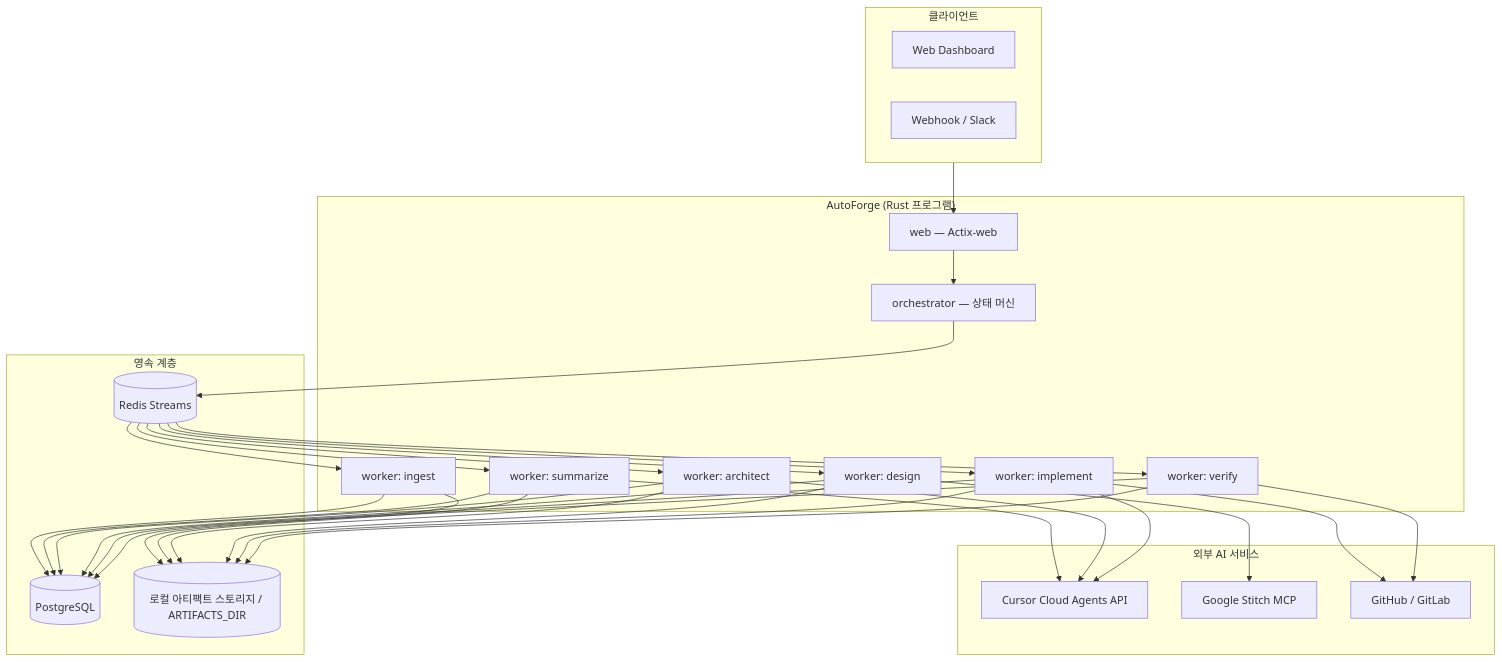
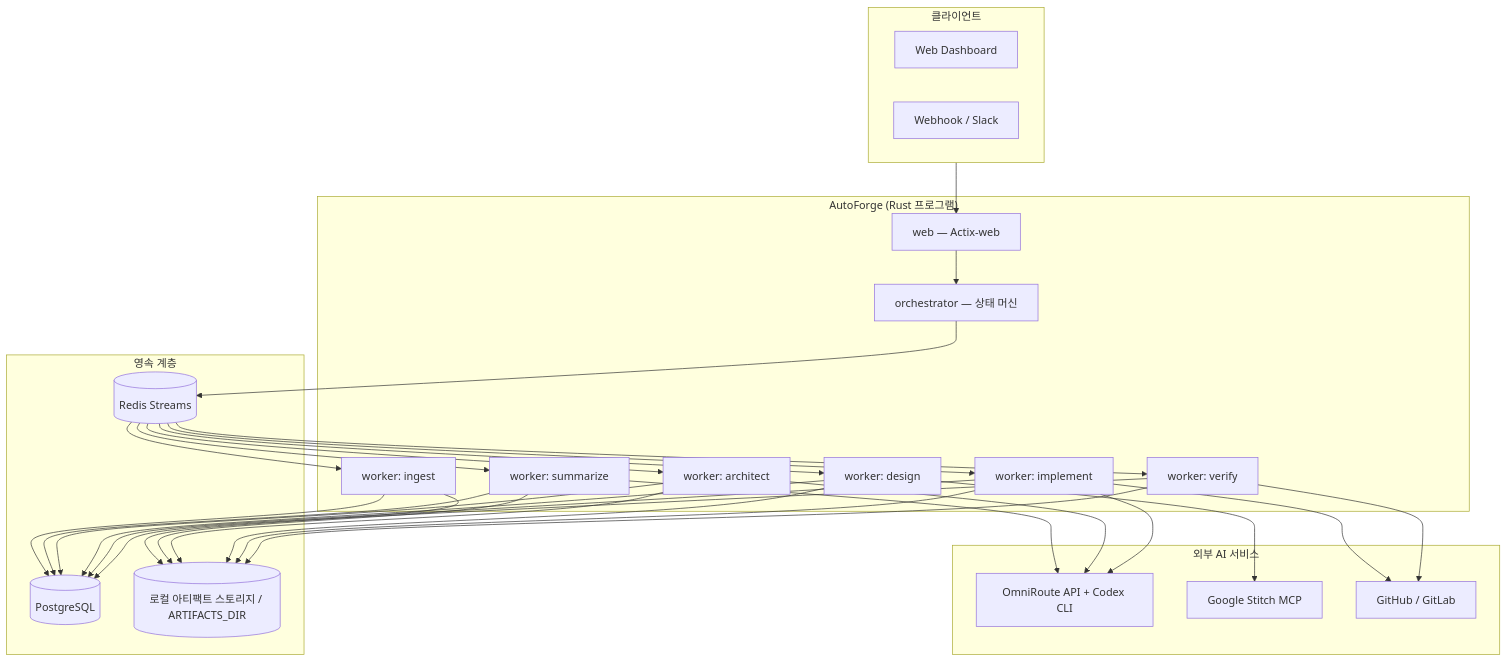
One commit to Helloworld0822/AutoForge changed the diagram in docs/ARCHITECTURE.md. Above: the diagram before and after it, drawn with Mermaid. The commit also changed other lines of this file and 21 other files, not shown here.

Commit message:
feat: migrate AI pipeline to OmniRoute

````diff
--- a/docs/ARCHITECTURE.md
+++ b/docs/ARCHITECTURE.md
@@ -18,40 +18,40 @@
 ```mermaid
 flowchart TB
     subgraph Client["클라이언트"]
         Web[Web Dashboard]
         Webhook[Webhook / Slack]
     end
 
     subgraph AutoForge["AutoForge (Rust 프로그램)"]
         API[web — Actix-web]
         ORC[orchestrator — 상태 머신]
         W1[worker: ingest]
         W2[worker: summarize]
         W3[worker: architect]
         W4[worker: design]
         W5[worker: implement]
         W6[worker: verify]
     end
 
     subgraph Storage["영속 계층"]
         PG[(PostgreSQL)]
         RD[(Redis Streams)]
         S3[(로컬 아티팩트 스토리지 / ARTIFACTS_DIR)]
     end
 
     subgraph External["외부 AI 서비스"]
-        Cursor[Cursor Cloud Agents API]
+        OmniRoute[OmniRoute API + Codex CLI]
         Stitch[Google Stitch MCP]
         GH[GitHub / GitLab]
     end
 
     Client --> API
     API --> ORC
     ORC --> RD
     RD --> W1 & W2 & W3 & W4 & W5 & W6
     W1 & W2 & W3 & W4 & W5 & W6 --> PG
     W1 & W2 & W3 & W4 & W5 & W6 --> S3
-    W2 & W3 & W5 --> Cursor
+    W2 & W3 & W5 --> OmniRoute
     W4 --> Stitch
     W5 & W6 --> GH
 ```
````
